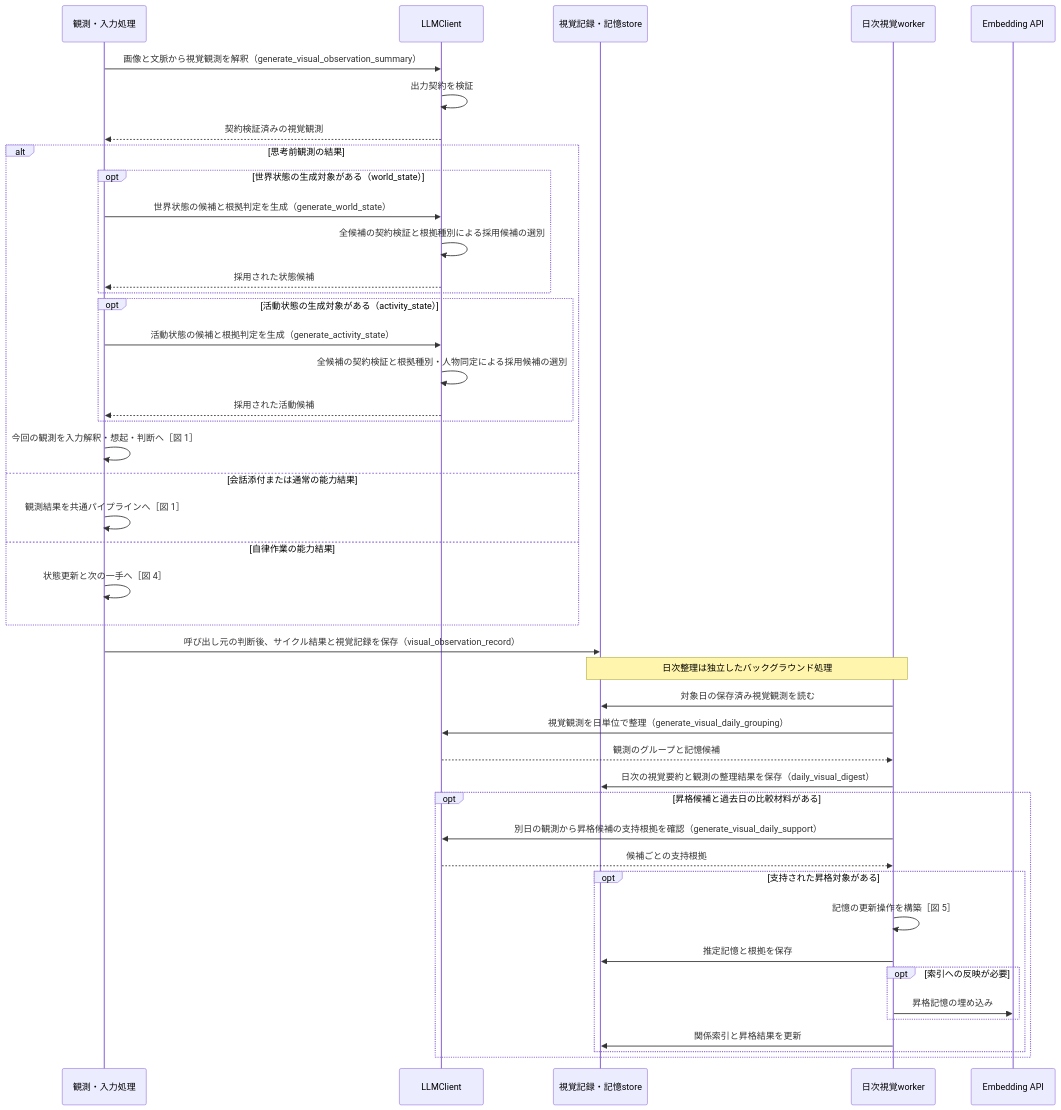
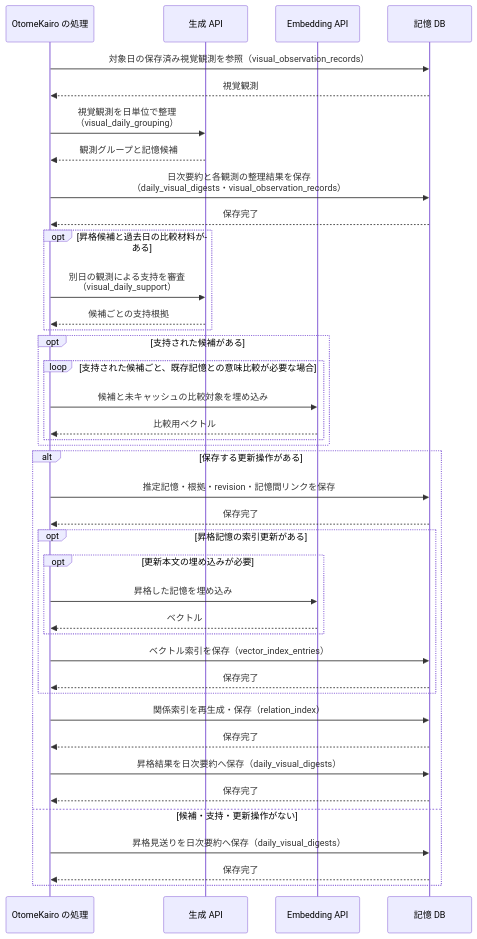
Before and after one commit to hirona98/OtomeKairo: the sixth of 7 diagrams in docs/design/llm/LLM呼び出しシーケンス.md, drawn with Mermaid. The commit also changed other lines of this file and 2 other files, not shown here.

Commit message:
シーケンス図修正

````diff
--- a/docs/design/llm/LLM呼び出しシーケンス.md
+++ b/docs/design/llm/LLM呼び出しシーケンス.md
@@ -409,47 +495,43 @@
 ```mermaid
 sequenceDiagram
-    participant C as 観測・入力処理
-    participant L as LLMClient
-    participant S as 視覚記録・記憶store
-    participant W as 日次視覚worker
+    participant C as OtomeKairo の処理
+    participant L as 生成 API
     participant E as Embedding API
+    participant D as 記憶 DB
 
-    C->>L: 画像と文脈から視覚観測を解釈（generate_visual_observation_summary）
-    L->>L: 出力契約を検証
-    L-->>C: 契約検証済みの視覚観測
-    alt 思考前観測の結果
-        opt 世界状態の生成対象がある（world_state）
-            C->>L: 世界状態の候補と根拠判定を生成（generate_world_state）
-            L->>L: 全候補の契約検証と根拠種別による採用候補の選別
-            L-->>C: 採用された状態候補
-        end
-        opt 活動状態の生成対象がある（activity_state）
-            C->>L: 活動状態の候補と根拠判定を生成（generate_activity_state）
-            L->>L: 全候補の契約検証と根拠種別・人物同定による採用候補の選別
-            L-->>C: 採用された活動候補
-        end
-        C->>C: 今回の観測を入力解釈・想起・判断へ［図 1］
-    else 会話添付または通常の能力結果
-        C->>C: 観測結果を共通パイプラインへ［図 1］
-    else 自律作業の能力結果
-        C->>C: 状態更新と次の一手へ［図 4］
+    C->>D: 対象日の保存済み視覚観測を参照（visual_observation_records）
+    D-->>C: 視覚観測
+    C->>L: 視覚観測を日単位で整理<br>（visual_daily_grouping）
+    L-->>C: 観測グループと記憶候補
+    C->>D: 日次要約と各観測の整理結果を保存<br>（daily_visual_digests・visual_observation_records）
+    D-->>C: 保存完了
+    opt 昇格候補と過去日の比較材料がある
+        C->>L: 別日の観測による支持を審査<br>（visual_daily_support）
+        L-->>C: 候補ごとの支持根拠
     end
-    C->>S: 呼び出し元の判断後、サイクル結果と視覚記録を保存（visual_observation_record）
-    Note over S,W: 日次整理は独立したバックグラウンド処理
-    W->>S: 対象日の保存済み視覚観測を読む
-    W->>L: 視覚観測を日単位で整理（generate_visual_daily_grouping）
-    L-->>W: 観測のグループと記憶候補
-    W->>S: 日次の視覚要約と観測の整理結果を保存（daily_visual_digest）
-    opt 昇格候補と過去日の比較材料がある
-        W->>L: 別日の観測から昇格候補の支持根拠を確認（generate_visual_daily_support）
-        L-->>W: 候補ごとの支持根拠
-        opt 支持された昇格対象がある
-            W->>W: 記憶の更新操作を構築［図 5］
-            W->>S: 推定記憶と根拠を保存
-            opt 索引への反映が必要
-                W->>E: 昇格記憶の埋め込み
-            end
-            W->>S: 関係索引と昇格結果を更新
+    opt 支持された候補がある
+        loop 支持された候補ごと、既存記憶との意味比較が必要な場合
+            C->>E: 候補と未キャッシュの比較対象を埋め込み
+            E-->>C: 比較用ベクトル
         end
     end
+    alt 保存する更新操作がある
+        C->>D: 推定記憶・根拠・revision・記憶間リンクを保存
+        D-->>C: 保存完了
+        opt 昇格記憶の索引更新がある
+            opt 更新本文の埋め込みが必要
+                C->>E: 昇格した記憶を埋め込み
+                E-->>C: ベクトル
+            end
+            C->>D: ベクトル索引を保存（vector_index_entries）
+            D-->>C: 保存完了
+        end
+        C->>D: 関係索引を再生成・保存（relation_index）
+        D-->>C: 保存完了
+        C->>D: 昇格結果を日次要約へ保存（daily_visual_digests）
+        D-->>C: 保存完了
+    else 候補・支持・更新操作がない
+        C->>D: 昇格見送りを日次要約へ保存（daily_visual_digests）
+        D-->>C: 保存完了
+    end
 ```
````
